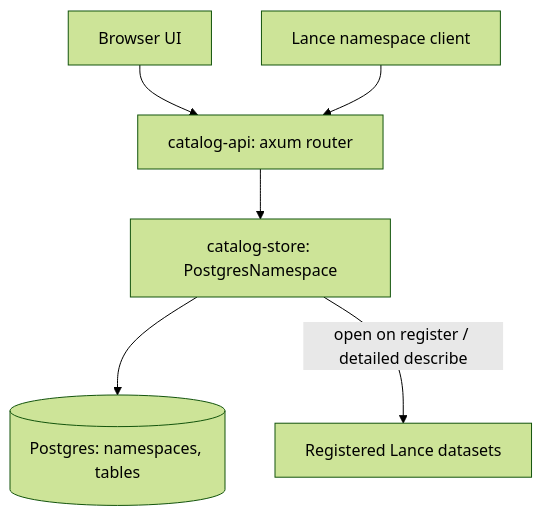
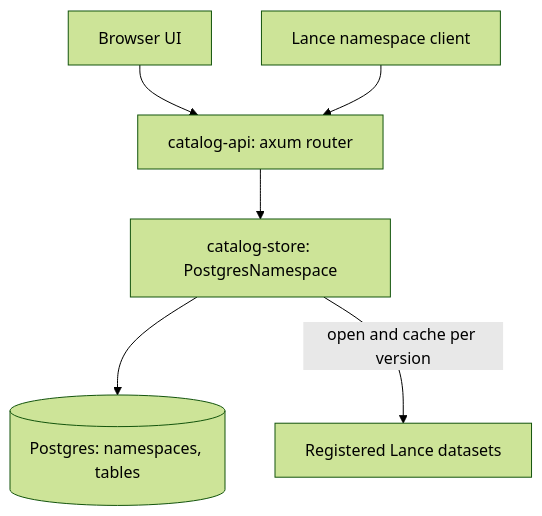
The diagram in ARCHITECTURE.md (shiyan-xu-ai/data-catalog), drawn with Mermaid (forest theme) before and after one commit. The commit also changed other lines of this file and 3 other files, not shown here.

First line of the commit message:
docs: describe the served version and the per-version cache

````diff
--- a/ARCHITECTURE.md
+++ b/ARCHITECTURE.md
@@ -7,8 +8,8 @@
 ```mermaid
 flowchart TB
   Operator[Browser UI] --> API
   Client[Lance namespace client] --> API
   API[catalog-api: axum router] --> NS[catalog-store: PostgresNamespace]
   NS --> PG[(Postgres: namespaces, tables)]
-  NS -->|open on register / detailed describe| Lance[Registered Lance datasets]
+  NS -->|open and cache per version| Lance[Registered Lance datasets]
 ```
````
